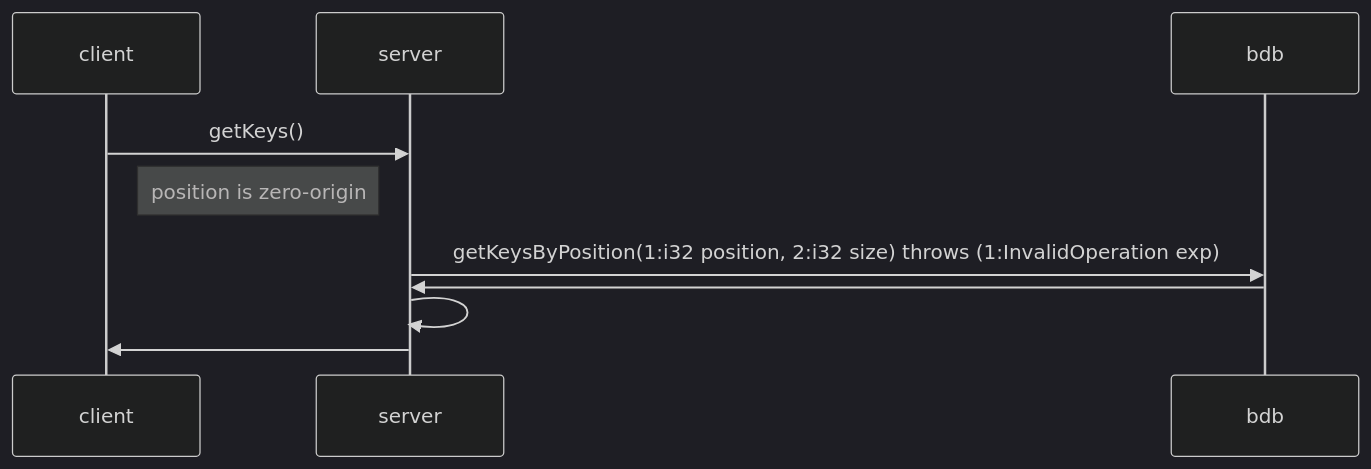
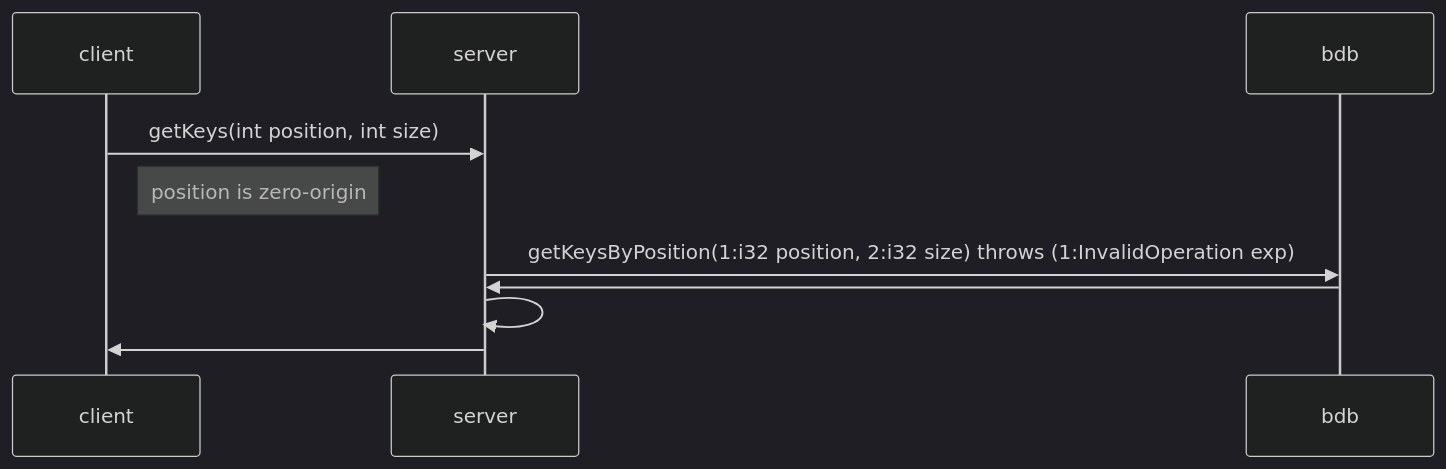
Before and after one commit to kozkoz211/StackEdit: the diagram in THBDB/THBDB Client.md, drawn with Mermaid (dark theme). The commit also changed other lines of this file, not shown here.

Commit message:
THBDB/THBDB Client.md updated from https://stackedit.io/

````diff
--- a/THBDB/THBDB Client.md
+++ b/THBDB/THBDB Client.md
@@ -11,16 +11,16 @@
 ```mermaid
 sequenceDiagram
-client ->> server: getKeys()
+client ->> server: getKeys(int position, int size)
 
 Note right of client: position is zero-origin
 
 server ->> bdb: getKeysByPosition(1:i32 position, 2:i32  size) throws (1:InvalidOperation exp)
 
 
 bdb ->> server: 
 server ->> server: 
 server ->> client: 
 
 
 
 ```
````
